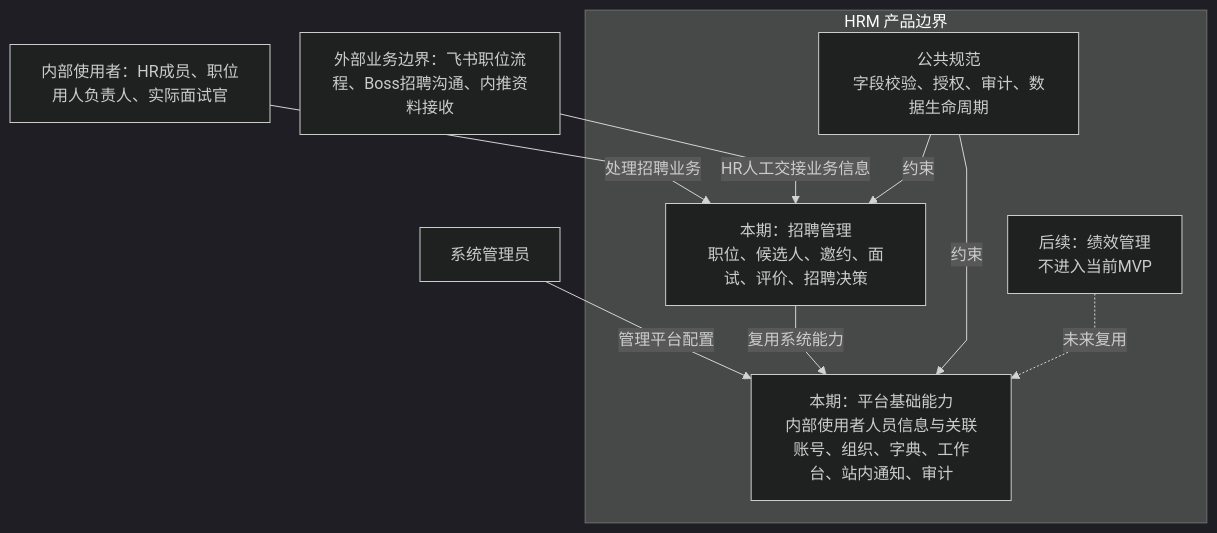
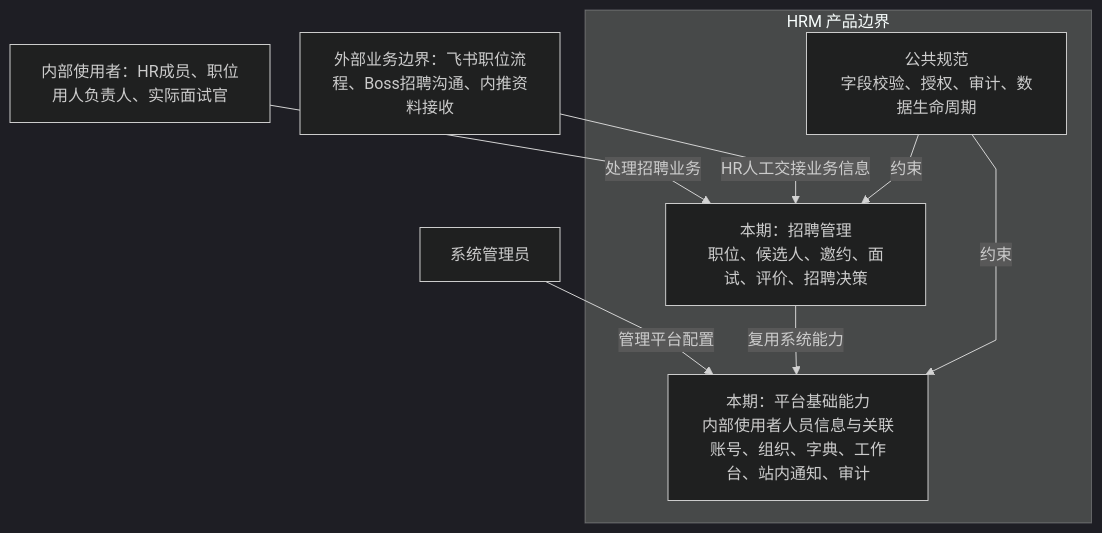
The first of 2 diagrams in docs/output/产品项目总览.md (leidaibo-lab/pm-hrm), drawn with Mermaid (dark theme) before and after one commit. The commit also changed other lines of this file and 30 other files, not shown here.

````diff
--- a/docs/output/产品项目总览.md
+++ b/docs/output/产品项目总览.md
@@ -52,20 +52,18 @@
 ```mermaid
 %%{init: {"flowchart":{"curve":"linear","nodeSpacing":30,"rankSpacing":45,"diagramPadding":16,"wrappingWidth":200},"sequence":{"mirrorActors":false,"actorMargin":45,"messageMargin":30,"noteMargin":12,"wrap":false},"er":{"diagramPadding":16,"minEntityWidth":130,"minEntityHeight":45}}}%%
 flowchart TB
     Roles["内部使用者：HR成员、职位用人负责人、实际面试官"]
     Admin["系统管理员"]
     External["外部业务边界：飞书职位流程、Boss招聘沟通、内推资料接收"]
     subgraph HRM["HRM 产品边界"]
         Recruitment["本期：招聘管理<br/>职位、候选人、邀约、面试、评价、招聘决策"]
         Platform["本期：平台基础能力<br/>内部使用者人员信息与关联账号、组织、字典、工作台、站内通知、审计"]
         Rules["公共规范<br/>字段校验、授权、审计、数据生命周期"]
-        Performance["后续：绩效管理<br/>不进入当前MVP"]
     end
     Roles -->|处理招聘业务| Recruitment
     Admin -->|管理平台配置| Platform
     External -->|HR人工交接业务信息| Recruitment
     Recruitment -->|复用系统能力| Platform
     Rules -->|约束| Recruitment
     Rules -->|约束| Platform
-    Performance -.->|未来复用| Platform
 ```
````
